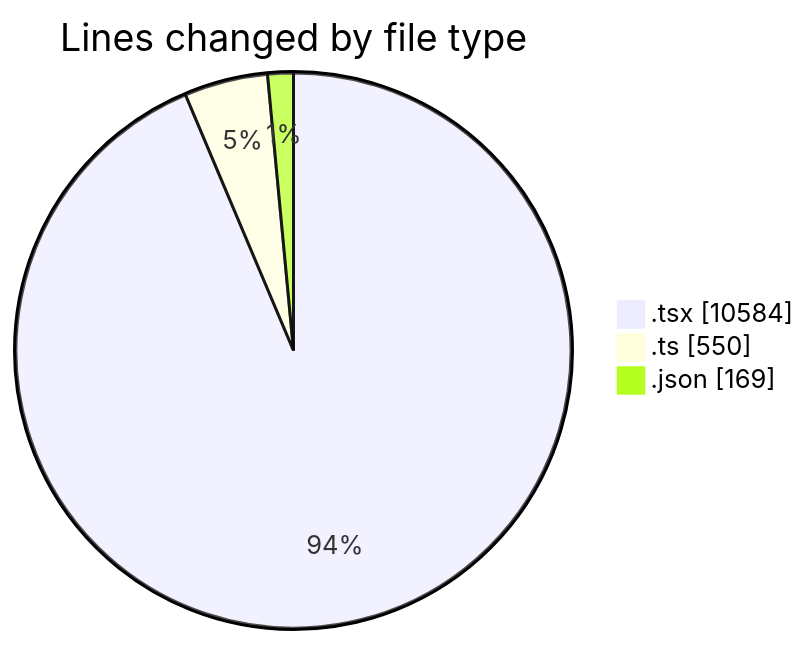
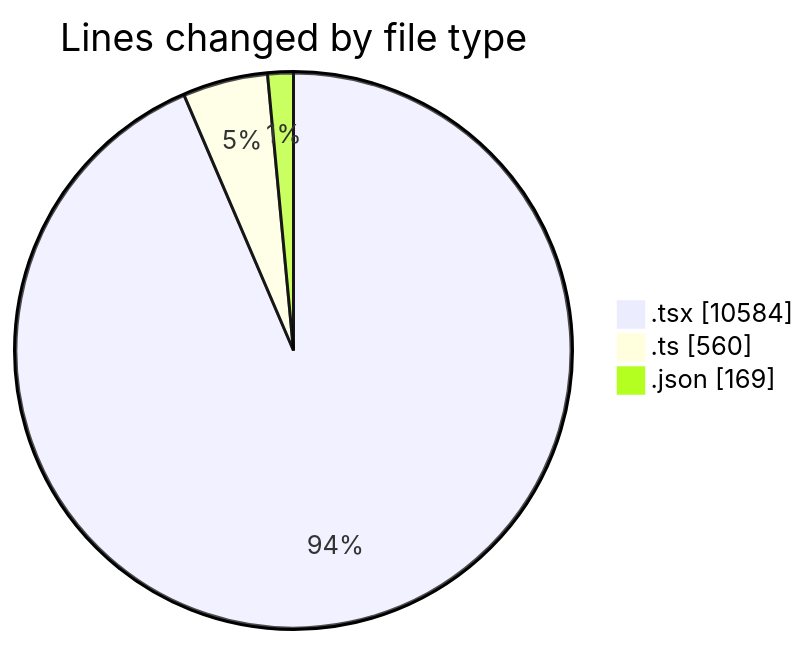
One commit to robertbonfada/code-tracking changed the first of 2 diagrams in 2025-02-18/mbc-web/README.md. Above: the diagram before and after it, drawn with Mermaid. The commit also changed other lines of this file and 2 other files, not shown here.

````diff
--- a/2025-02-18/mbc-web/README.md
+++ b/2025-02-18/mbc-web/README.md
@@ -136,7 +136,7 @@
 ```mermaid
 pie showData
 title Lines changed by file type
 ".tsx" : 10584
-".ts" : 550
+".ts" : 560
 ".json" : 169
 ```
````
